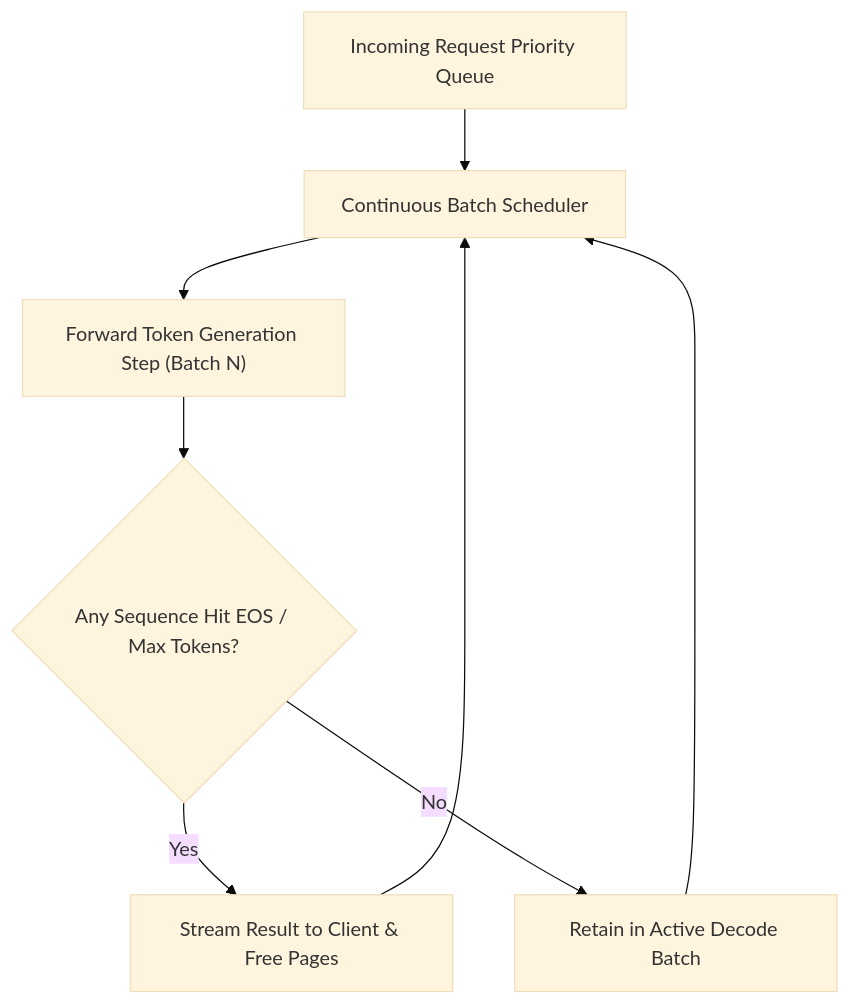
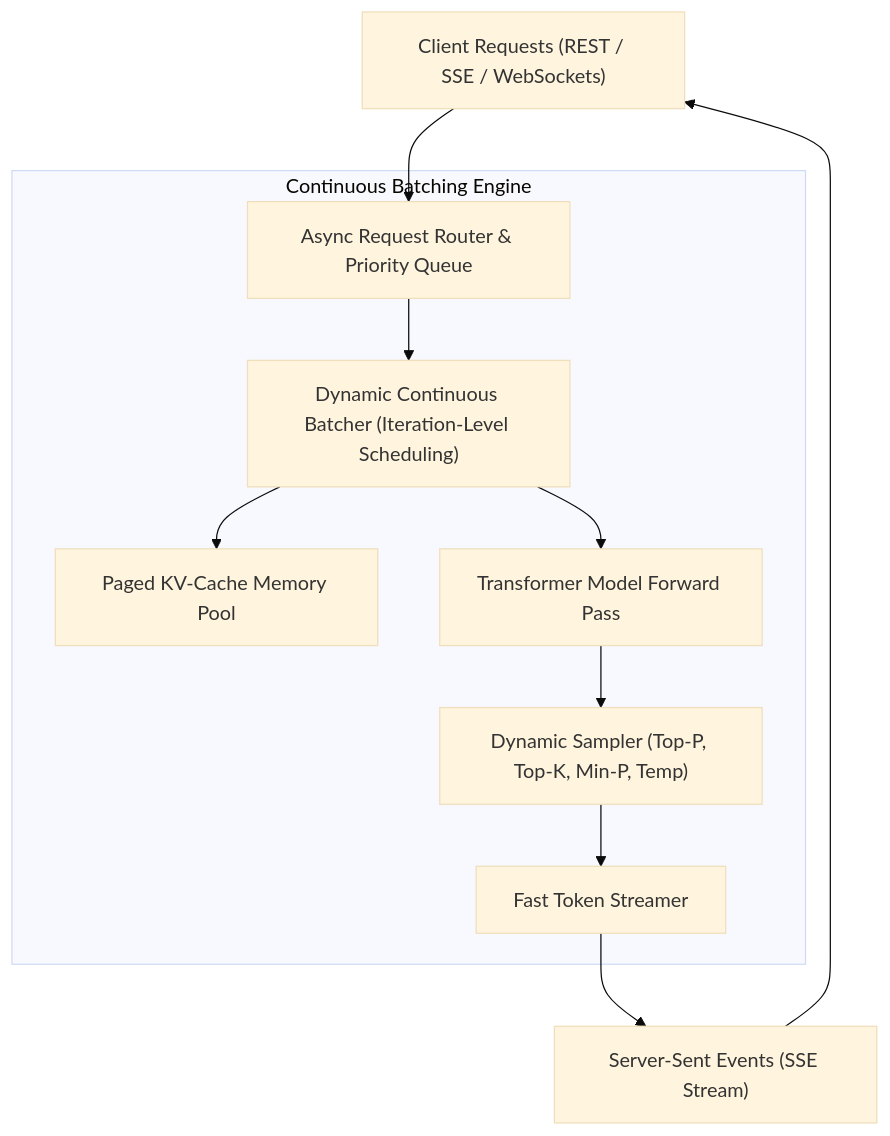
One commit to OpenBlatam/Truthgpt changed the diagram in docs/inference/inference_engine.md. Above: the diagram before and after it, drawn with Mermaid (base theme). The commit also changed other lines of this file and 2 other files, not shown here.

Commit message:
docs: sync mkdocs navigation and inference engine docs

````diff
--- a/docs/inference/inference_engine.md
+++ b/docs/inference/inference_engine.md
@@ -13,10 +9,15 @@
 ```mermaid
 graph TD
-    Queue["Incoming Request Priority Queue"] --> Scheduler["Continuous Batch Scheduler"]
-    Scheduler --> Engine["Forward Token Generation Step (Batch N)"]
-    Engine --> FinishedCheck{"Any Sequence Hit EOS / Max Tokens?"}
-    FinishedCheck -->|Yes| StreamOut["Stream Result to Client & Free Pages"]
-    FinishedCheck -->|No| Keep["Retain in Active Decode Batch"]
-    StreamOut --> Scheduler
-    Keep --> Scheduler
+    CLIENT["Client Requests (REST / SSE / WebSockets)"] --> ROUTER["Async Request Router & Priority Queue"]
+    
+    subgraph "Continuous Batching Engine"
+        ROUTER --> BATCHER["Dynamic Continuous Batcher (Iteration-Level Scheduling)"]
+        BATCHER --> KV_PAGE["Paged KV-Cache Memory Pool"]
+        BATCHER --> MODEL_EXEC["Transformer Model Forward Pass"]
+        MODEL_EXEC --> SAMPLER["Dynamic Sampler (Top-P, Top-K, Min-P, Temp)"]
+        SAMPLER --> DETOK["Fast Token Streamer"]
+    end
+
+    DETOK --> STREAM_SSE["Server-Sent Events (SSE Stream)"]
+    STREAM_SSE --> CLIENT
 ```
````
